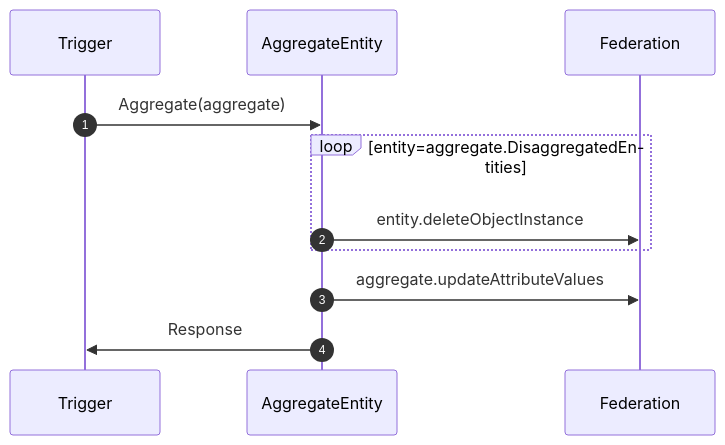
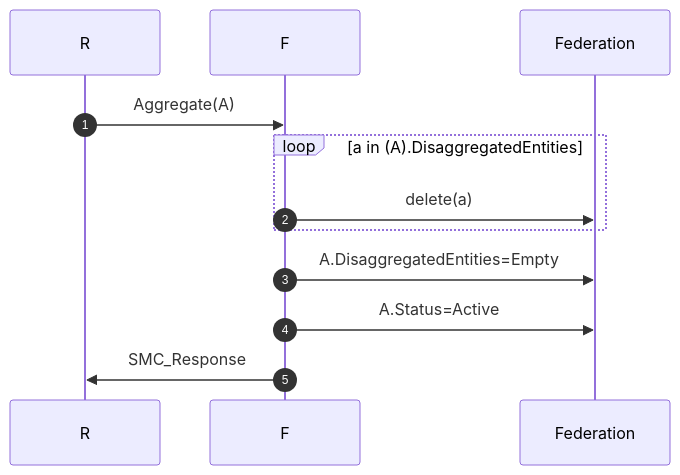
Before and after one commit to AMSP-04/NETN-MRM: the fifth of 9 diagrams in NETN-MRM.md, drawn with Mermaid. The commit also changed other lines of this file and 4 other files, not shown here.

````diff
--- a/NETN-MRM.md
+++ b/NETN-MRM.md
@@ -184,12 +166,14 @@
 ```mermaid 
-sequenceDiagram
+sequenceDiagram 
 autonumber
  
-Trigger->>AggregateEntity: Aggregate(aggregate) 
-loop entity=aggregate.DisaggregatedEntities 
-AggregateEntity->>Federation: entity.deleteObjectInstance 
+R->>F: Aggregate(A) 
+loop a in (A).DisaggregatedEntities
+F->>Federation: delete(a)
 end 
-AggregateEntity->>Federation: aggregate.updateAttributeValues 
-AggregateEntity->>Trigger: Response 
+F->>Federation: A.DisaggregatedEntities=Empty 
+F->>Federation: A.Status=Active 
+
+F->>R: SMC_Response 
  
 ``` 
````
